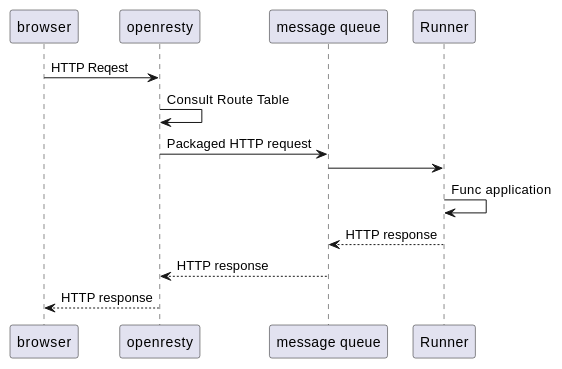
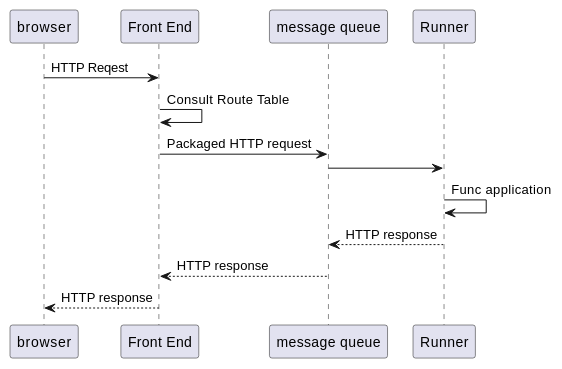
Before and after one commit to funcatron/funcatron: the first of 2 diagrams in info/architecture_strategy.adoc, drawn with PlantUML. The commit also changed other lines of this file, not shown here.

```diff
--- a/info/architecture_strategy.adoc
+++ b/info/architecture_strategy.adoc
@@ -45,13 +83,13 @@
 [plantuml]
 ----
 
-  browser  -> openresty: HTTP Reqest
-  openresty -> openresty: Consult Route Table
-  openresty -> "message queue": Packaged HTTP request
+  browser  -> "Front End": HTTP Reqest
+  "Front End" -> "Front End": Consult Route Table
+  "Front End" -> "message queue": Packaged HTTP request
   "message queue" -> Runner
   Runner -> Runner: Func application
   "message queue" <-- Runner: HTTP response
-  openresty <-- "message queue": HTTP response
-  browser <-- openresty: HTTP response
+  "Front End" <-- "message queue": HTTP response
+  browser <-- "Front End": HTTP response
 
 ----
```
